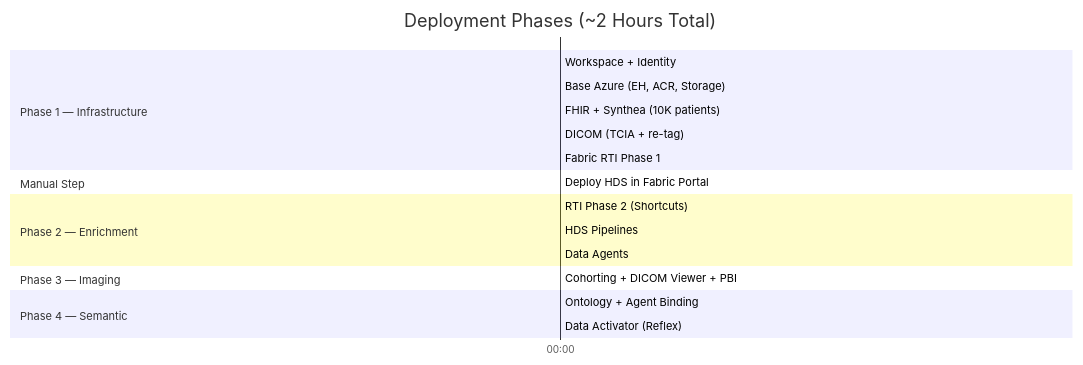
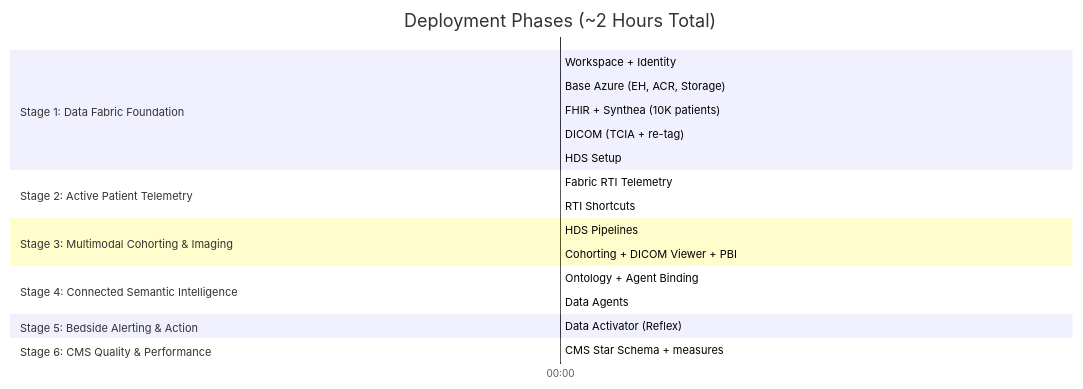
The fifth of 7 diagrams in Project_Architecture_Blueprint.md (kfprugger/med-device-fabric-emulator), drawn with Mermaid before and after one commit. The commit also changed other lines of this file and 37 other files, not shown here.

````diff
--- a/Project_Architecture_Blueprint.md
+++ b/Project_Architecture_Blueprint.md
@@ -368,28 +378,31 @@
 ```mermaid
 gantt
     title Deployment Phases (~2 Hours Total)
     dateFormat HH:mm
     axisFormat %H:%M
 
-    section Phase 1 — Infrastructure
+    section Stage 1: Data Fabric Foundation
     Workspace + Identity          :p1a, 00:00, 5min
     Base Azure (EH, ACR, Storage) :p1b, after p1a, 10min
     FHIR + Synthea (10K patients) :p1c, after p1b, 15min
     DICOM (TCIA + re-tag)         :p1d, after p1b, 30min
-    Fabric RTI Phase 1            :p1e, after p1c, 15min
+    HDS Setup                     :crit, manual, after p1e, 45min
 
-    section Manual Step
-    Deploy HDS in Fabric Portal   :crit, manual, after p1e, 45min
+    section Stage 2: Active Patient Telemetry
+    Fabric RTI Telemetry          :p1e, after p1c, 15min
+    RTI Shortcuts                 :p2a, after manual, 15min
 
-    section Phase 2 — Enrichment
-    RTI Phase 2 (Shortcuts)       :p2a, after manual, 15min
+    section Stage 3: Multimodal Cohorting & Imaging
     HDS Pipelines                 :p2b, after p2a, 25min
+    Cohorting + DICOM Viewer + PBI :p3, after p2c, 20min
+
+    section Stage 4: Connected Semantic Intelligence
+    Ontology + Agent Binding      :p4a, after p3, 10min
     Data Agents                   :p2c, after p2b, 10min
 
-    section Phase 3 — Imaging
-    Cohorting + DICOM Viewer + PBI :p3, after p2c, 20min
+    section Stage 5: Bedside Alerting & Action
+    Data Activator (Reflex)       :p4b, after p4a, 5min
 
-    section Phase 4 — Semantic
-    Ontology + Agent Binding      :p4a, after p3, 10min
-    Data Activator (Reflex)       :p4b, after p4a, 5min
+    section Stage 6: CMS Quality & Performance
+    CMS Star Schema + measures    :p5, after p4b, 15min
 ```
````
